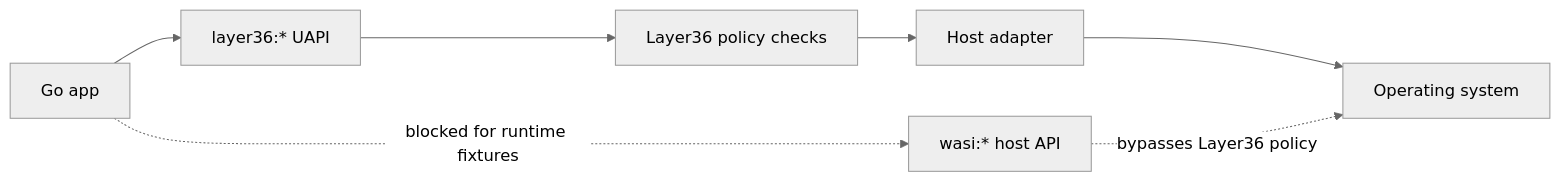
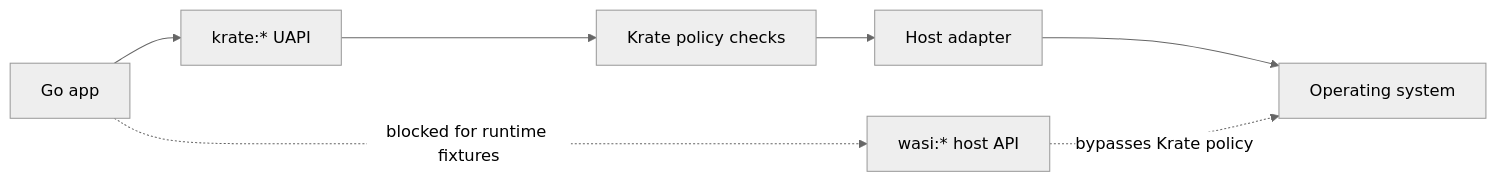
One commit to incyashraj/krate changed the diagram in docs/book/src/phase2/go-readiness-evidence.md. Above: the diagram before and after it, drawn with Mermaid (neutral theme). The commit also changed other lines of this file and 342 other files, not shown here.

First line of the commit message:
feat!: rename Layer36 to Krate across the entire system (A9 Phase B)

````diff
--- a/docs/book/src/phase2/go-readiness-evidence.md
+++ b/docs/book/src/phase2/go-readiness-evidence.md
@@ -22,10 +22,10 @@
 ```mermaid
 flowchart LR
-    GO["Go app"] --> L36["layer36:* UAPI"]
-    L36 --> POLICY["Layer36 policy checks"]
+    GO["Go app"] --> L36["krate:* UAPI"]
+    L36 --> POLICY["Krate policy checks"]
     POLICY --> ADAPTER["Host adapter"]
     ADAPTER --> OS["Operating system"]
 
     GO -.blocked for runtime fixtures.-> WASI["wasi:* host API"]
-    WASI -.bypasses Layer36 policy.-> OS
+    WASI -.bypasses Krate policy.-> OS
 ```
````
